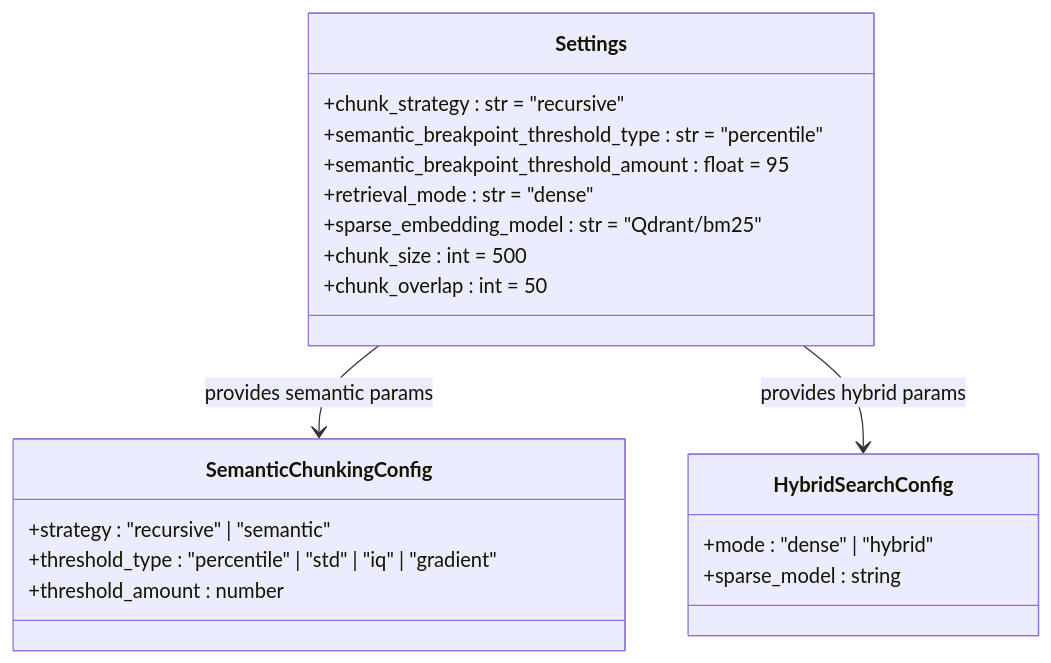
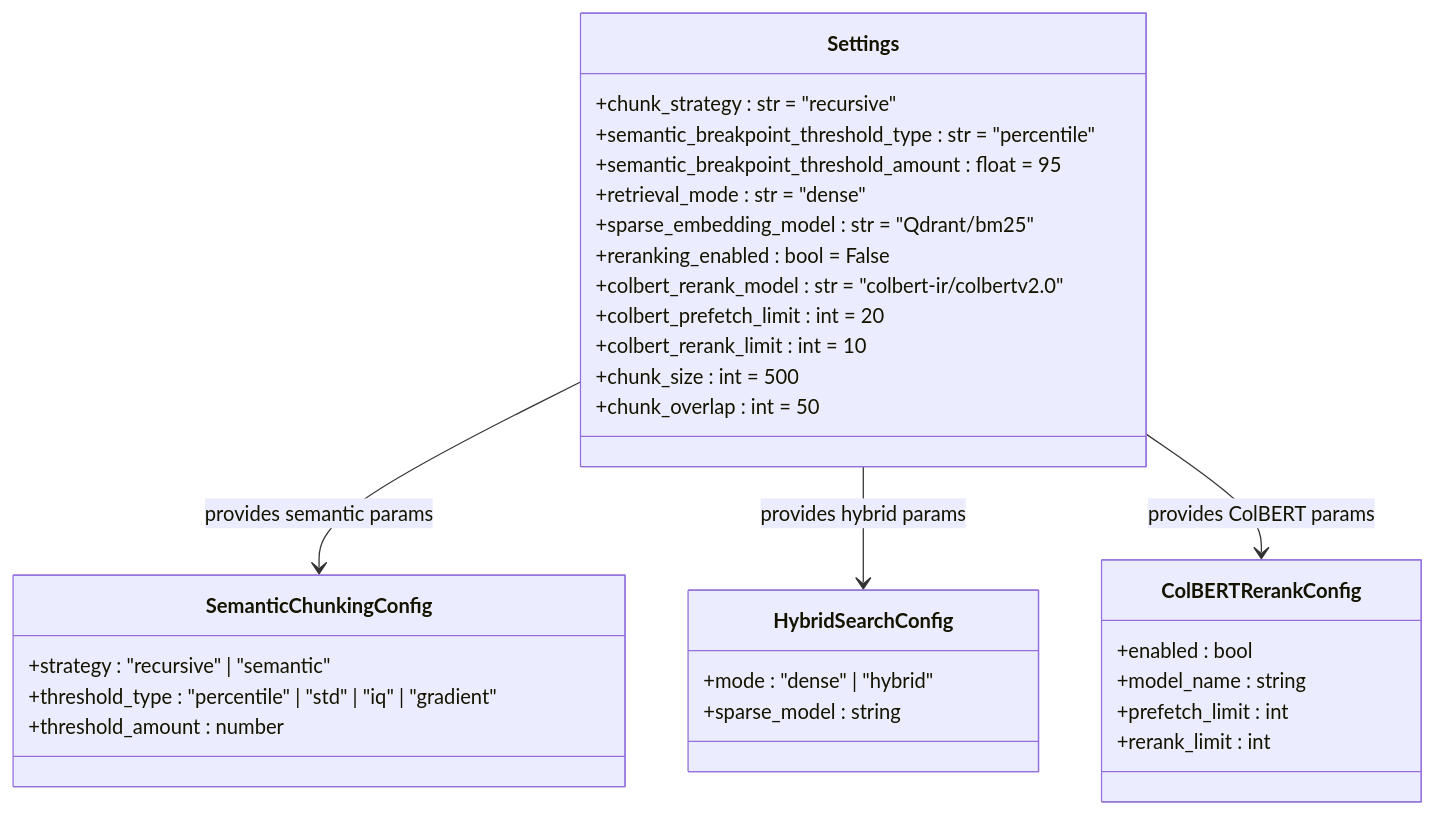
One commit to ognelis/cafetera_hr_bot changed the tenth of 15 diagrams in .qoder/repowiki/en/content/RAG Integration/RAG Parser Enhancement.md. Above: the diagram before and after it, drawn with Mermaid. The commit also changed other lines of this file and 27 other files, not shown here.

````diff
--- a/.qoder/repowiki/en/content/RAG Integration/RAG Parser Enhancement.md
+++ b/.qoder/repowiki/en/content/RAG Integration/RAG Parser Enhancement.md
@@ -467,23 +530,34 @@
 ```mermaid
 classDiagram
 class Settings {
 +chunk_strategy : str = "recursive"
 +semantic_breakpoint_threshold_type : str = "percentile"
 +semantic_breakpoint_threshold_amount : float = 95
 +retrieval_mode : str = "dense"
 +sparse_embedding_model : str = "Qdrant/bm25"
++reranking_enabled : bool = False
++colbert_rerank_model : str = "colbert-ir/colbertv2.0"
++colbert_prefetch_limit : int = 20
++colbert_rerank_limit : int = 10
 +chunk_size : int = 500
 +chunk_overlap : int = 50
 }
 class SemanticChunkingConfig {
 +strategy : "recursive" | "semantic"
 +threshold_type : "percentile" | "std" | "iq" | "gradient"
 +threshold_amount : number
 }
 class HybridSearchConfig {
 +mode : "dense" | "hybrid"
 +sparse_model : string
 }
+class ColBERTRerankConfig {
++enabled : bool
++model_name : string
++prefetch_limit : int
++rerank_limit : int
+}
 Settings --> SemanticChunkingConfig : provides semantic params
 Settings --> HybridSearchConfig : provides hybrid params
+Settings --> ColBERTRerankConfig : provides ColBERT params
 ```
````
